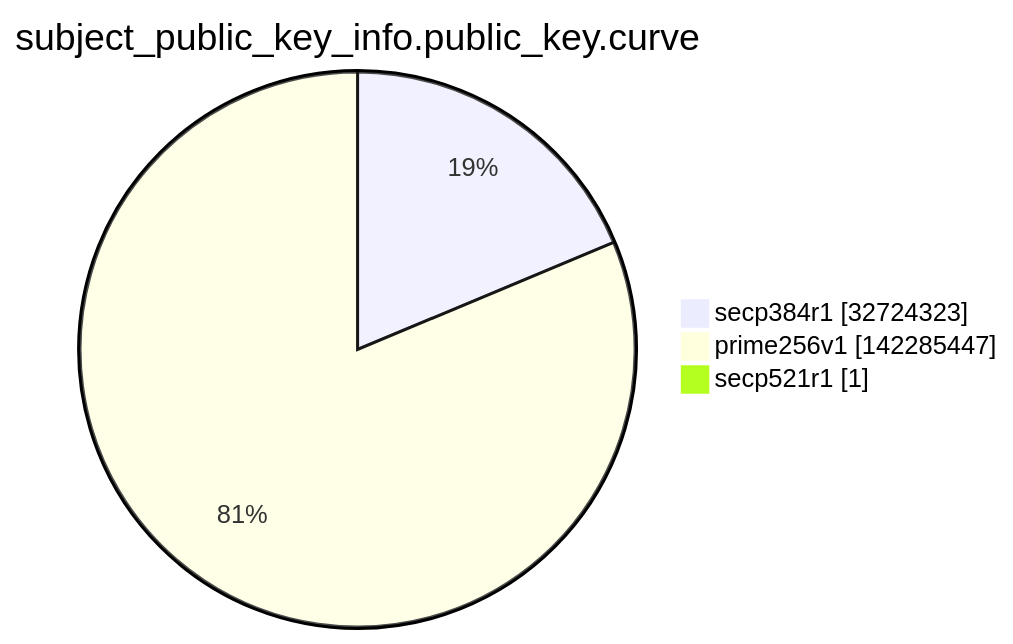
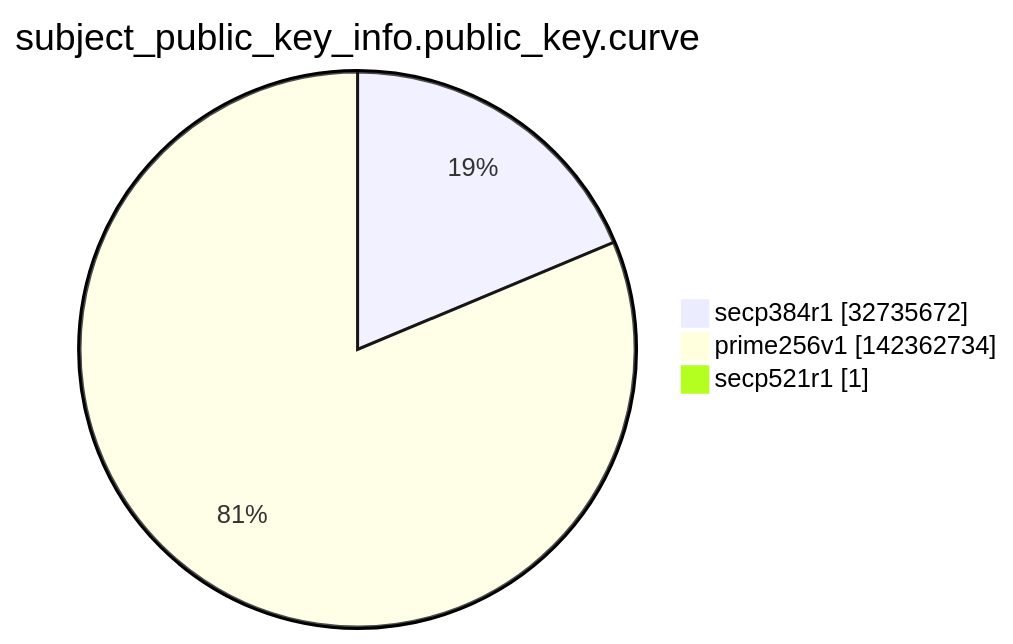
The ninth of 15 diagrams in argon2022/README.md (christiankrug/ctmonitor_visualization), drawn with Mermaid before and after one commit. The commit also changed other lines of this file, not shown here.

````diff
--- a/argon2022/README.md
+++ b/argon2022/README.md
@@ -2763,7 +2763,7 @@
 ```mermaid
 pie showData
 title subject_public_key_info.public_key.curve
-"secp384r1" :32724323
-"prime256v1" :142285447
+"secp384r1" :32735672
+"prime256v1" :142362734
 "secp521r1" :1
 ```
````
